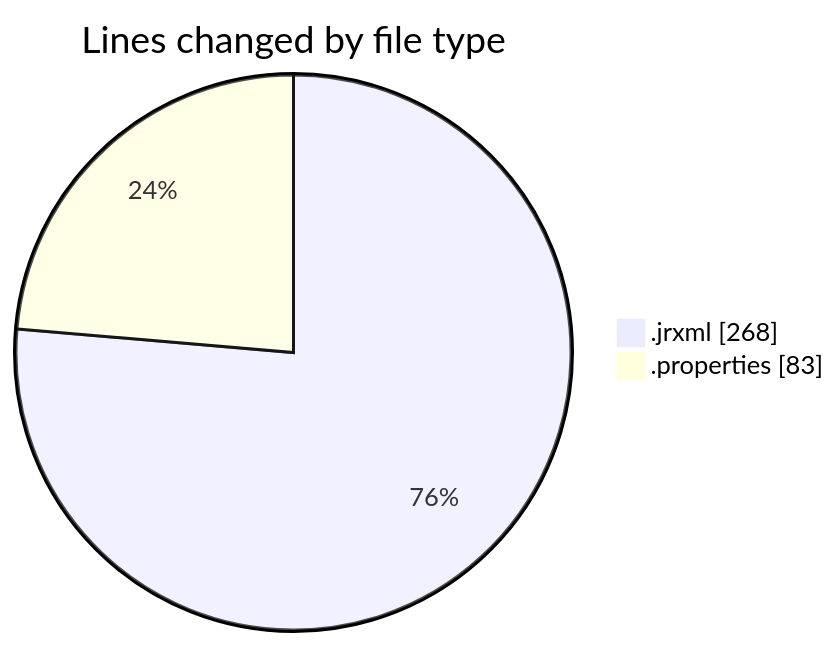
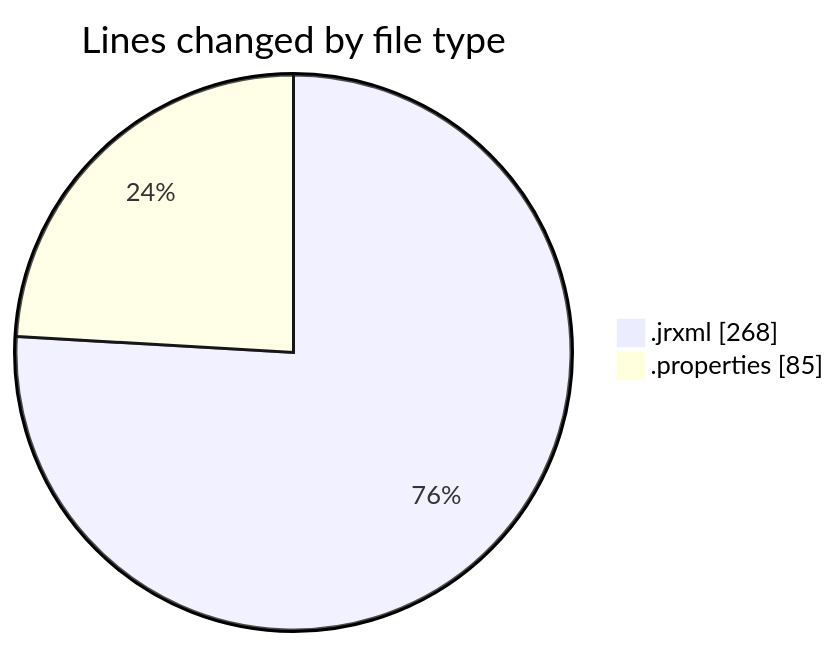
One commit to ricardozamudiocil/code-tracking changed the first of 2 diagrams in 2026-09-02/cilreports__workspace_/README.md. Above: the diagram before and after it, drawn with Mermaid. The commit also changed other lines of this file and 1 other file, not shown here.

````diff
--- a/2026-09-02/cilreports__workspace_/README.md
+++ b/2026-09-02/cilreports__workspace_/README.md
@@ -21,6 +21,6 @@
 ```mermaid
 pie showData
 title Lines changed by file type
 ".jrxml" : 268
-".properties" : 83
+".properties" : 85
 ```
````
